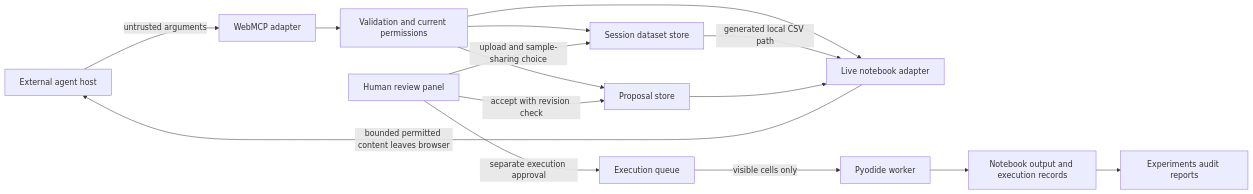
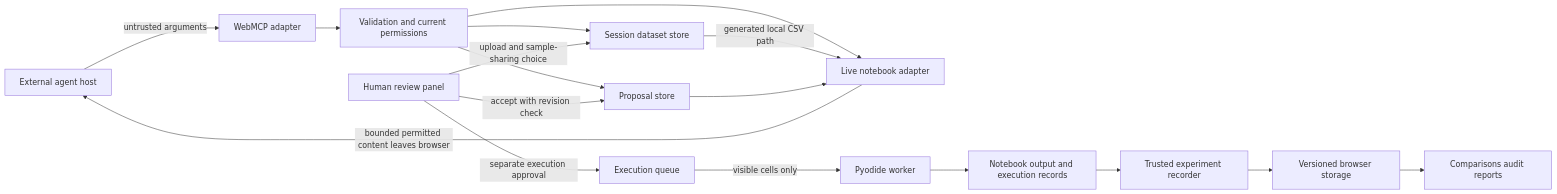
One commit to HICHAM-RK/notebookpilot changed the first of 2 diagrams in docs/ARCHITECTURE.md. Above: the diagram before and after it, drawn with Mermaid. The commit also changed other lines of this file and 19 other files, not shown here.

Commit message:
feat: persist and compare trusted experiments

````diff
--- a/docs/ARCHITECTURE.md
+++ b/docs/ARCHITECTURE.md
@@ -5,17 +5,19 @@
 ```mermaid
 flowchart LR
     Agent[External agent host] -->|untrusted arguments| W[WebMCP adapter]
     W --> V[Validation and current permissions]
     V --> N[Live notebook adapter]
     V --> D[Session dataset store]
     V --> P[Proposal store]
     Human -->|upload and sample-sharing choice| D
     D -->|generated local CSV path| N
     Human[Human review panel] -->|accept with revision check| P
     P --> N
     Human -->|separate execution approval| Q[Execution queue]
     Q -->|visible cells only| K[Pyodide worker]
     N -->|bounded permitted content leaves browser| Agent
     K --> O[Notebook output and execution records]
-    O --> R[Experiments audit reports]
+    O --> E[Trusted experiment recorder]
+    E --> S[Versioned browser storage]
+    S --> R[Comparisons audit reports]
 ```
````
